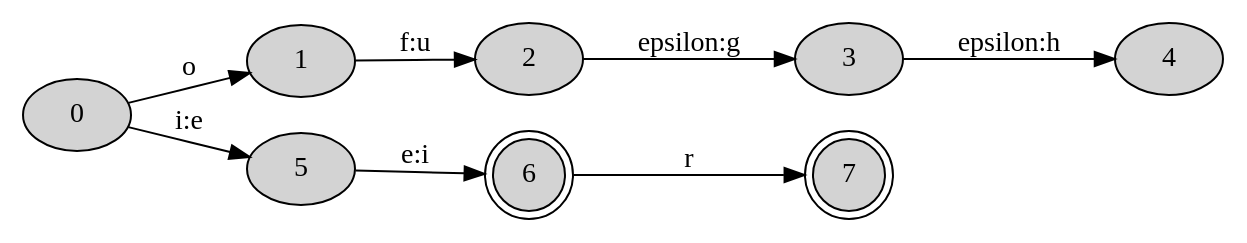
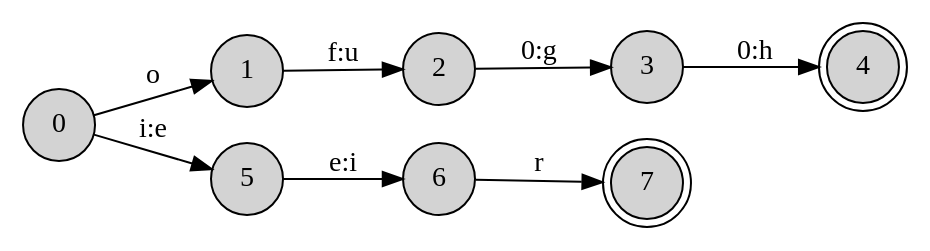
The diagram in articles/fsmnlp-2012-spellers/en-orth.dot (eaxelson/hfst-import-test5), drawn with Graphviz before and after one commit. The commit also changed 13 other files, not shown here.

```diff
--- a/articles/fsmnlp-2012-spellers/en-orth.dot
+++ b/articles/fsmnlp-2012-spellers/en-orth.dot
@@ -1,19 +1,19 @@
 // This graph generated with hfst-fst2txt blah
 digraph H {
 rankdir = LR;
-node [style=filled] 0
+node [shape=circle,style=filled] 0
+node [shape=doublecircle,style=filled] 4
+node [shape=doublecircle,style=filled] 7
+node [shape=circle,style=filled] 1
+node [shape=circle,style=filled] 2
+node [shape=circle,style=filled] 3
+node [shape=circle,style=filled] 5
+node [shape=circle,style=filled] 6
 0 -> 1 [label="o "];
 0 -> 5 [label="i:e "];
-node [style=filled] 1
 1 -> 2 [label="f:u "];
-node [style=filled] 2
-2 -> 3 [label="\epsilon:g "];
-node [style=filled] 3
-3 -> 4 [label="\epsilon:h "];
-node [shape=doublecircle,style=filled] 4
-node [style=filled] 5
+2 -> 3 [label="0:g "];
+3 -> 4 [label="0:h "];
 5 -> 6 [label="e:i "];
-node [style=filled] 6
 6 -> 7 [label="r "];
-node [shape=doublecircle,style=filled] 7
 }
```
